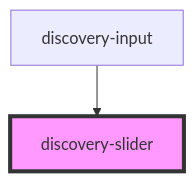
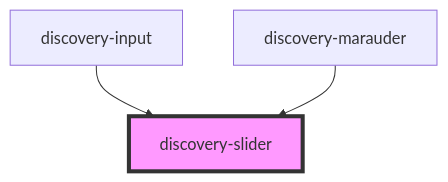
One commit to senx/discovery-widgets changed the diagram in src/components/discovery-slider/readme.md. Above: the diagram before and after it, drawn with Mermaid. The commit also changed other lines of this file and 12 other files, not shown here.

Commit message:
Migrate marauder's map to slider component

````diff
--- a/src/components/discovery-slider/readme.md
+++ b/src/components/discovery-slider/readme.md
@@ -43,5 +45,6 @@
 ```mermaid
 graph TD;
   discovery-input --> discovery-slider
+  discovery-marauder --> discovery-slider
   style discovery-slider fill:#f9f,stroke:#333,stroke-width:4px
 ```
````
